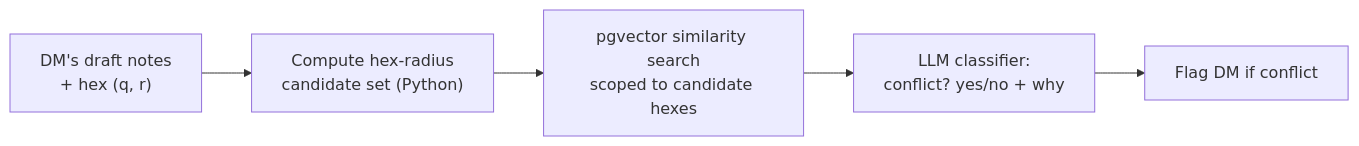
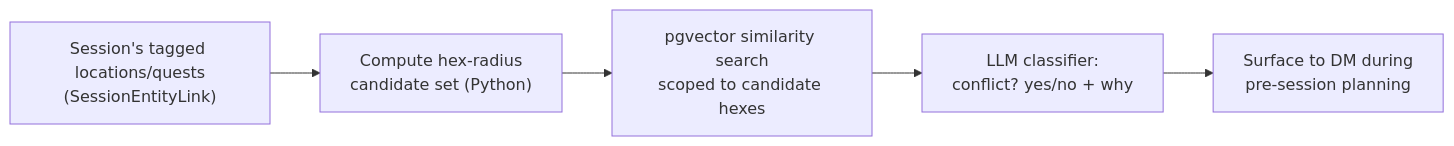
One commit to mattpdipietro/shared-world changed the fourth of 4 diagrams in docs/architecture.md. Above: the diagram before and after it, drawn with Mermaid. The commit also changed other lines of this file and 12 other files, not shown here.

````diff
--- a/docs/architecture.md
+++ b/docs/architecture.md
@@ -172,7 +185,7 @@
 ```mermaid
 flowchart LR
-    Draft["DM's draft notes<br/>+ hex (q, r)"] --> Radius["Compute hex-radius<br/>candidate set (Python)"]
+    Tags["Session's tagged locations/quests<br/>(SessionEntityLink)"] --> Radius["Compute hex-radius<br/>candidate set (Python)"]
     Radius --> Search["pgvector similarity search<br/>scoped to candidate hexes"]
     Search --> LLM["LLM classifier:<br/>conflict? yes/no + why"]
-    LLM --> Flag["Flag DM if conflict"]
+    LLM --> Flag["Surface to DM during<br/>pre-session planning"]
 ```
````
